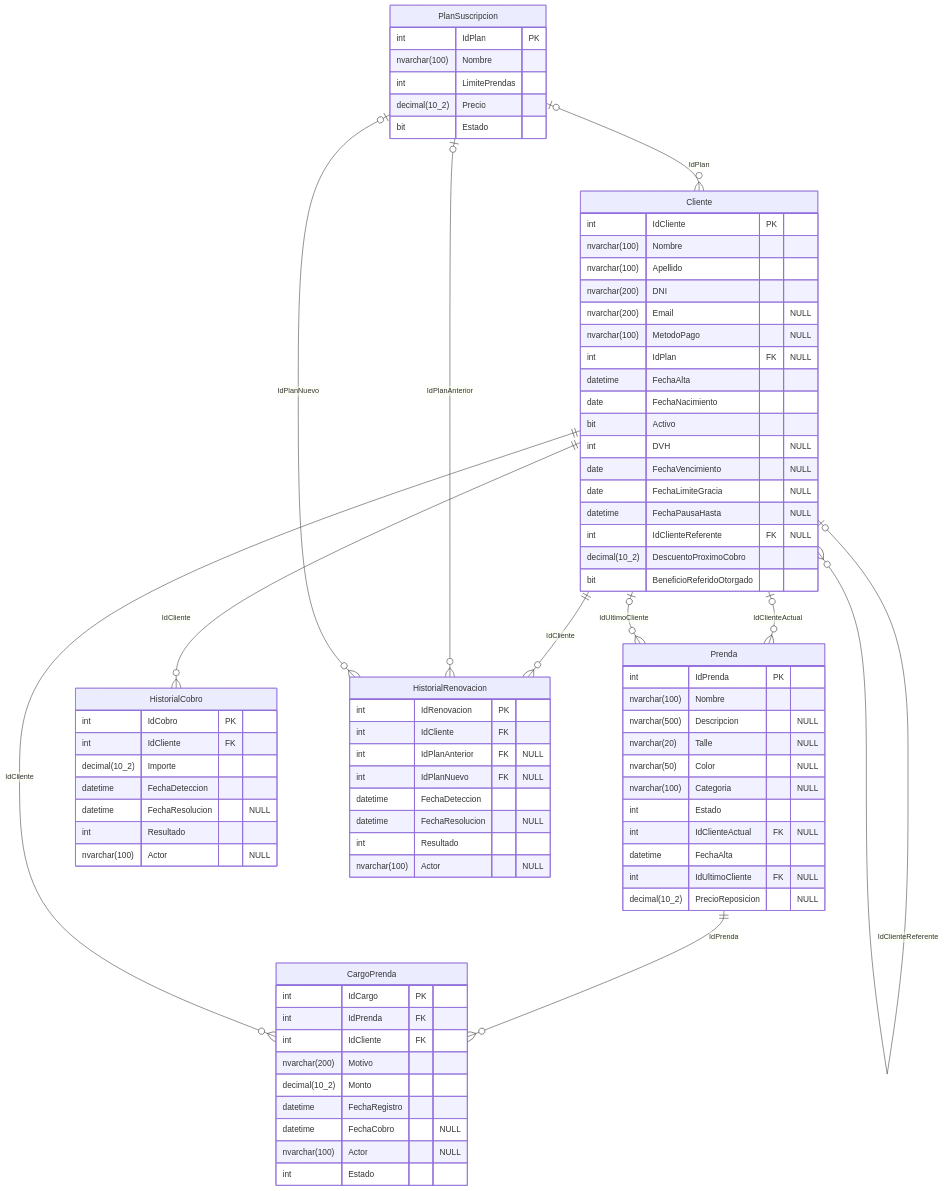
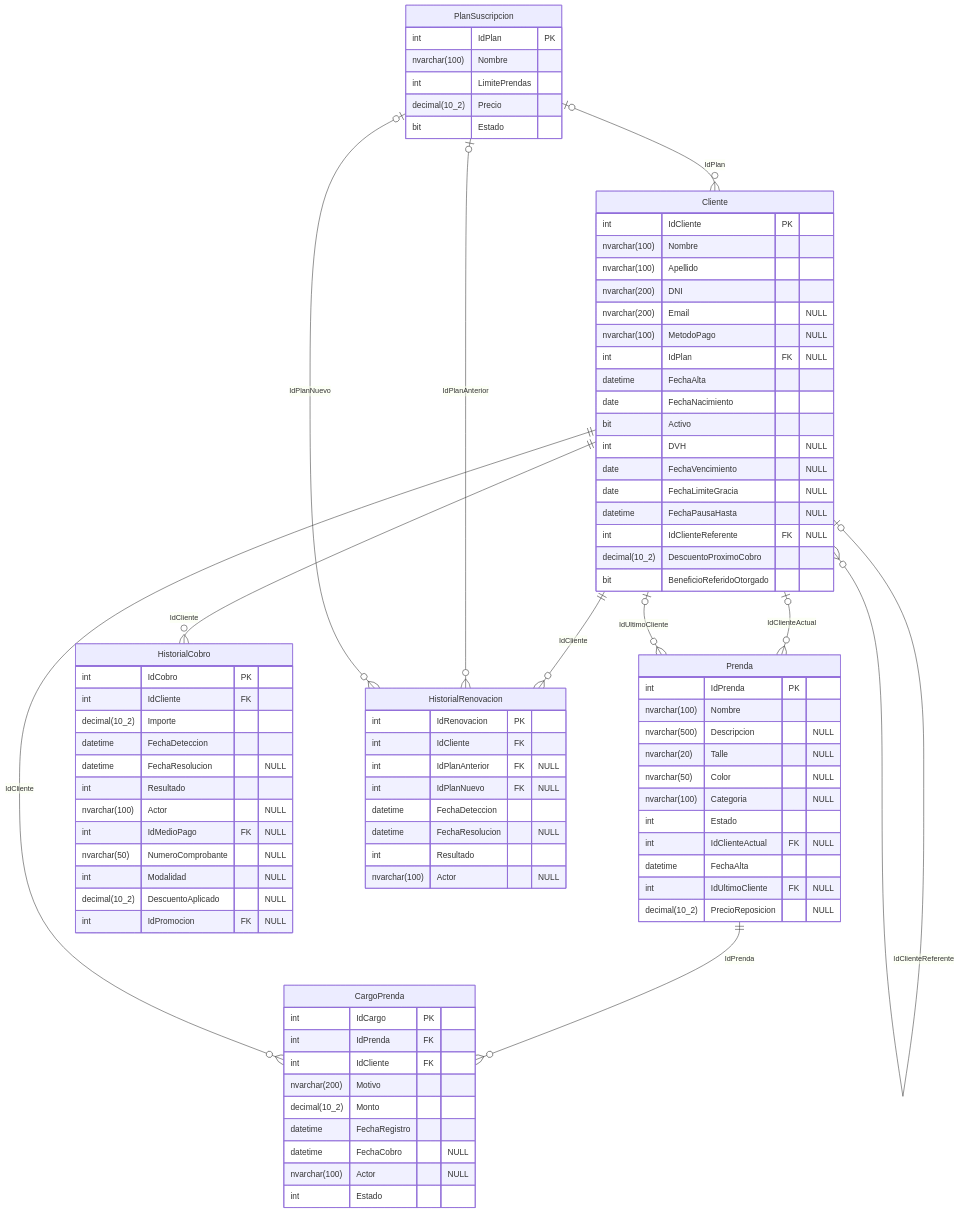
Before and after one commit to valentinamorana/Trabajo-de-Diploma: the diagram in docs/diagramas/mermaid/DER_n01_clientes_suscripciones.mmd, drawn with Mermaid. The commit also changed 62 other files, not shown here.

First line of the commit message:
N01 con medio de pago y comprobante; PN03 con periodo de analisis e impacto de las promociones

```diff
--- a/docs/diagramas/mermaid/DER_n01_clientes_suscripciones.mmd
+++ b/docs/diagramas/mermaid/DER_n01_clientes_suscripciones.mmd
@@ -1,80 +1,85 @@
 erDiagram
   Prenda ||--o{ CargoPrenda : "IdPrenda"
   Cliente ||--o{ CargoPrenda : "IdCliente"
   Cliente |o--o{ Cliente : "IdClienteReferente"
   PlanSuscripcion |o--o{ Cliente : "IdPlan"
   Cliente ||--o{ HistorialCobro : "IdCliente"
   Cliente ||--o{ HistorialRenovacion : "IdCliente"
   PlanSuscripcion |o--o{ HistorialRenovacion : "IdPlanAnterior"
   PlanSuscripcion |o--o{ HistorialRenovacion : "IdPlanNuevo"
   Cliente |o--o{ Prenda : "IdClienteActual"
   Cliente |o--o{ Prenda : "IdUltimoCliente"
   PlanSuscripcion {
     int IdPlan PK
     nvarchar(100) Nombre
     int LimitePrendas
     decimal(10_2) Precio
     bit Estado
   }
   Cliente {
     int IdCliente PK
     nvarchar(100) Nombre
     nvarchar(100) Apellido
     nvarchar(200) DNI
     nvarchar(200) Email "NULL"
     nvarchar(100) MetodoPago "NULL"
     int IdPlan FK "NULL"
     datetime FechaAlta
     date FechaNacimiento
     bit Activo
     int DVH "NULL"
     date FechaVencimiento "NULL"
     date FechaLimiteGracia "NULL"
     datetime FechaPausaHasta "NULL"
     int IdClienteReferente FK "NULL"
     decimal(10_2) DescuentoProximoCobro
     bit BeneficioReferidoOtorgado
   }
   HistorialRenovacion {
     int IdRenovacion PK
     int IdCliente FK
     int IdPlanAnterior FK "NULL"
     int IdPlanNuevo FK "NULL"
     datetime FechaDeteccion
     datetime FechaResolucion "NULL"
     int Resultado
     nvarchar(100) Actor "NULL"
   }
   HistorialCobro {
     int IdCobro PK
     int IdCliente FK
     decimal(10_2) Importe
     datetime FechaDeteccion
     datetime FechaResolucion "NULL"
     int Resultado
     nvarchar(100) Actor "NULL"
+    int IdMedioPago FK "NULL"
+    nvarchar(50) NumeroComprobante "NULL"
+    int Modalidad "NULL"
+    decimal(10_2) DescuentoAplicado "NULL"
+    int IdPromocion FK "NULL"
   }
   CargoPrenda {
     int IdCargo PK
     int IdPrenda FK
     int IdCliente FK
     nvarchar(200) Motivo
     decimal(10_2) Monto
     datetime FechaRegistro
     datetime FechaCobro "NULL"
     nvarchar(100) Actor "NULL"
     int Estado
   }
   Prenda {
     int IdPrenda PK
     nvarchar(100) Nombre
     nvarchar(500) Descripcion "NULL"
     nvarchar(20) Talle "NULL"
     nvarchar(50) Color "NULL"
     nvarchar(100) Categoria "NULL"
     int Estado
     int IdClienteActual FK "NULL"
     datetime FechaAlta
     int IdUltimoCliente FK "NULL"
     decimal(10_2) PrecioReposicion "NULL"
   }
```
